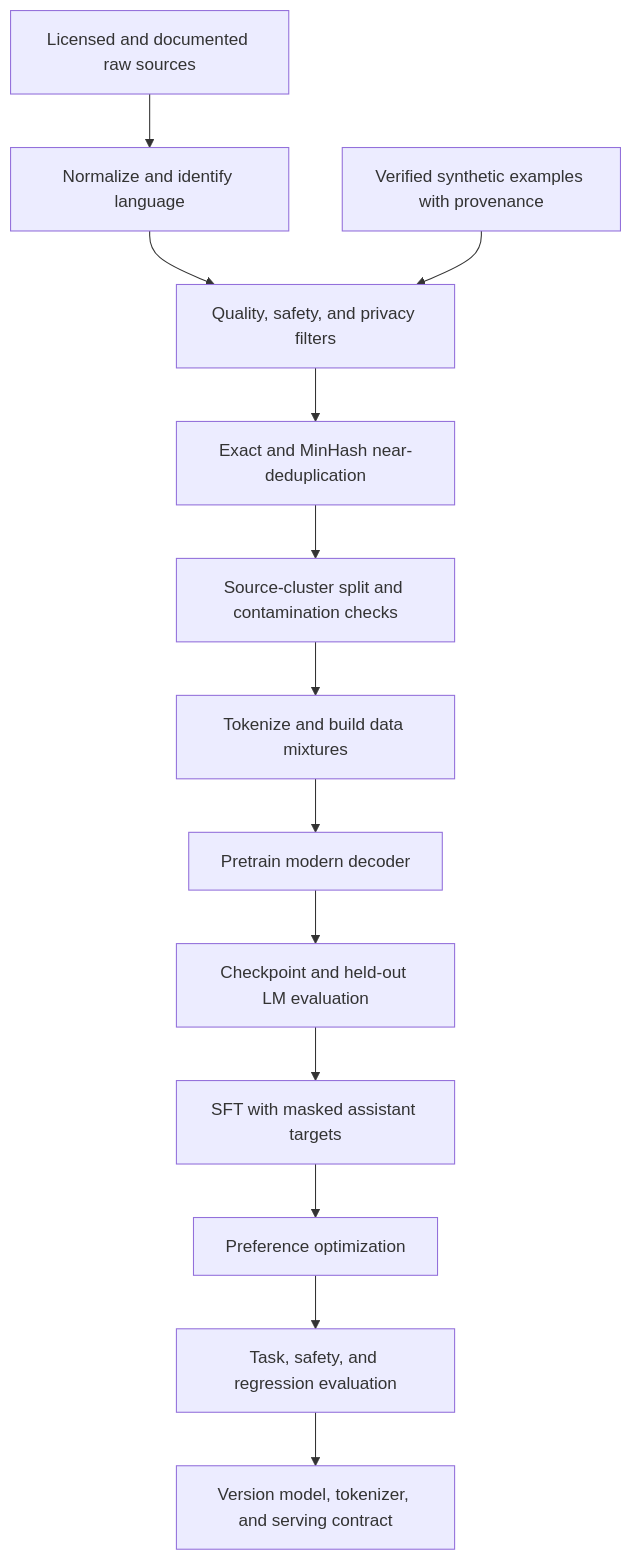
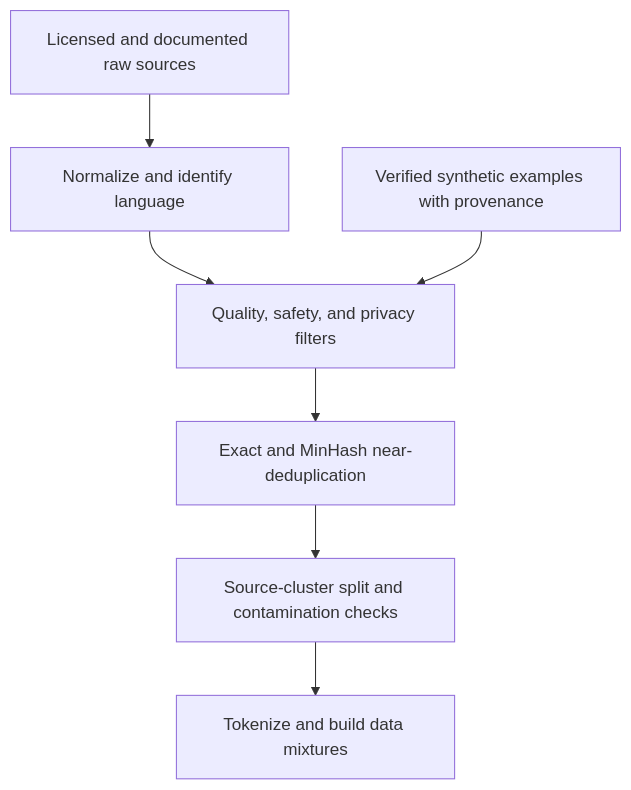
Before and after one commit to prkprime/ai: the first of 4 diagrams in docs/branch-05-llm-fine-tuning/notes.md, drawn with Mermaid. The commit also changed other lines of this file and 12 other files, not shown here.

````diff
--- a/docs/branch-05-llm-fine-tuning/notes.md
+++ b/docs/branch-05-llm-fine-tuning/notes.md
@@ -308,15 +313,9 @@
 ```mermaid
 flowchart TD
     A["Licensed and documented raw sources"] --> B["Normalize and identify language"]
     B --> C["Quality, safety, and privacy filters"]
     C --> D["Exact and MinHash near-deduplication"]
     D --> E["Source-cluster split and contamination checks"]
     E --> F["Tokenize and build data mixtures"]
-    F --> G["Pretrain modern decoder"]
-    G --> H["Checkpoint and held-out LM evaluation"]
-    H --> I["SFT with masked assistant targets"]
-    I --> J["Preference optimization"]
-    J --> K["Task, safety, and regression evaluation"]
-    K --> L["Version model, tokenizer, and serving contract"]
     S["Verified synthetic examples with provenance"] --> C
 ```
````
